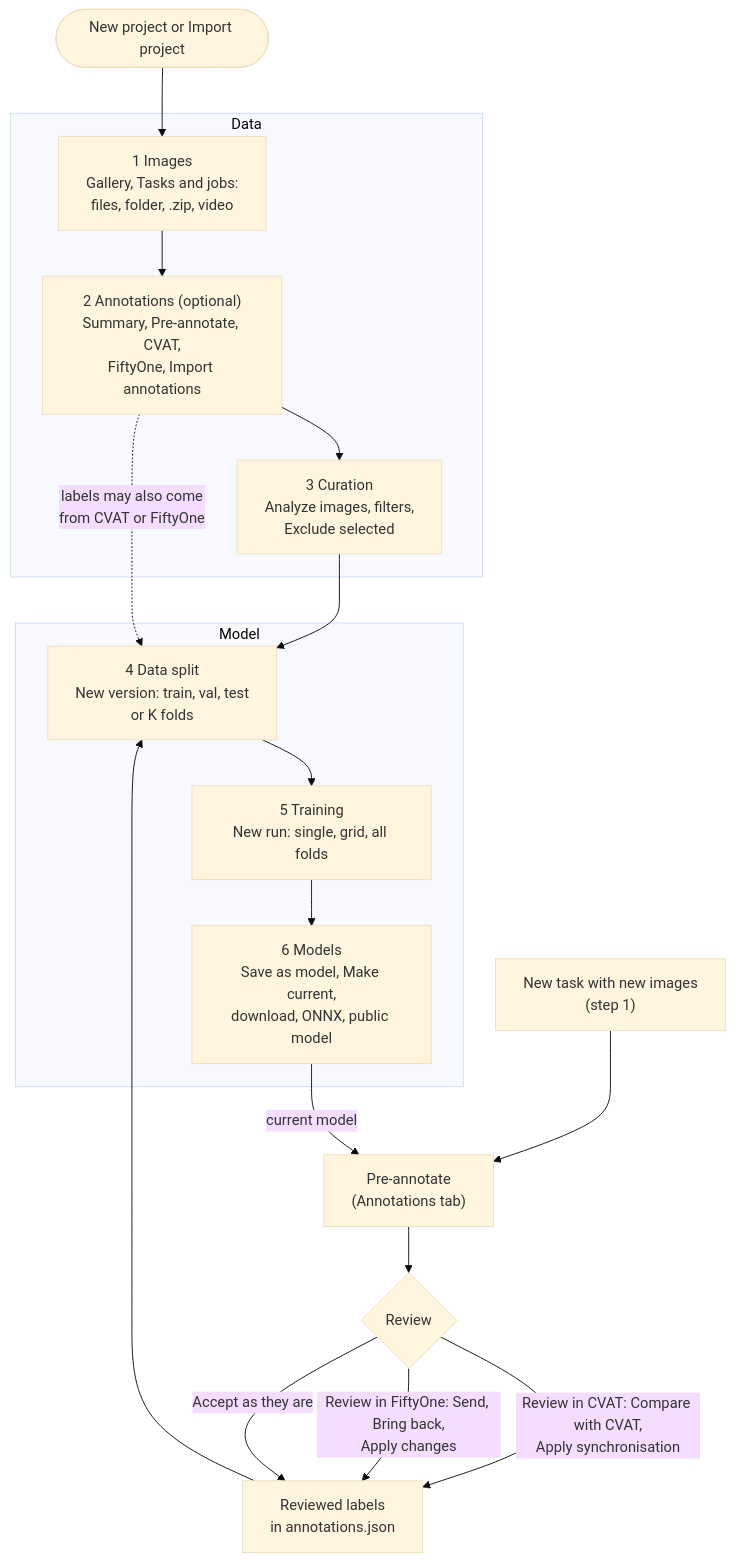
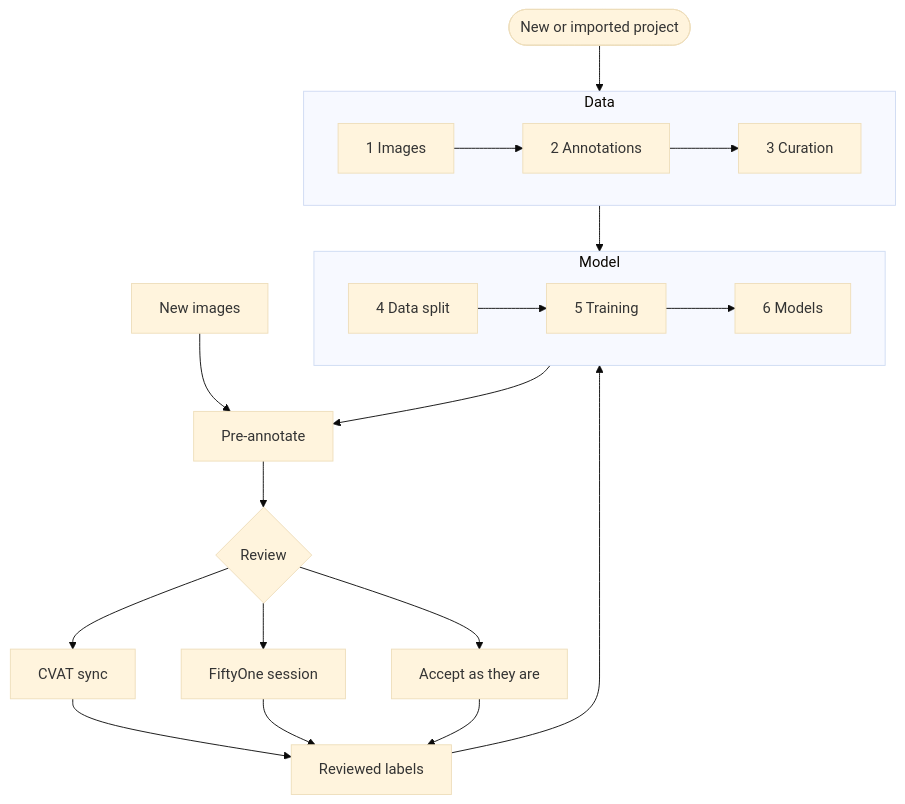
The third of 8 diagrams in docs/ARCHITECTURE.md (karemdm/activelabel), drawn with Mermaid (base theme) before and after one commit. The commit also changed other lines of this file and 3 other files, not shown here.

Commit message:
docs: redraw the diagrams with short labels and simple layouts so nothing overlaps (#220)

````diff
--- a/docs/ARCHITECTURE.md
+++ b/docs/ARCHITECTURE.md
@@ -107,29 +79,23 @@
 ```mermaid
 flowchart TB
-  start(["New project or Import project"]) --> A1
-
+  S(["New or imported project"]) --> A1
   subgraph Data
-    A1["1 Images<br/>Gallery, Tasks and jobs:<br/>files, folder, .zip, video"]
-    A2["2 Annotations (optional)<br/>Summary, Pre-annotate, CVAT,<br/>FiftyOne, Import annotations"]
-    A3["3 Curation<br/>Analyze images, filters,<br/>Exclude selected"]
-    A1 --> A2 --> A3
+    direction LR
+    A1["1 Images"] --> A2["2 Annotations"] --> A3["3 Curation"]
   end
-
   subgraph Model
-    B4["4 Data split<br/>New version: train, val, test<br/>or K folds"]
-    B5["5 Training<br/>New run: single, grid, all folds"]
-    B6["6 Models<br/>Save as model, Make current,<br/>download, ONNX, public model"]
-    B4 --> B5 --> B6
+    direction LR
+    B4["4 Data split"] --> B5["5 Training"] --> B6["6 Models"]
   end
-
   A3 --> B4
-  A2 -. "labels may also come<br/>from CVAT or FiftyOne" .-> B4
-
-  B6 -- "current model" --> PRE["Pre-annotate<br/>(Annotations tab)"]
-  NEW["New task with new images<br/>(step 1)"] --> PRE
+  B6 --> PRE["Pre-annotate"]
+  NEW["New images"] --> PRE
   PRE --> REV{"Review"}
-  REV -- "Review in CVAT: Compare with CVAT,<br/>Apply synchronisation" --> LAB["Reviewed labels<br/>in annotations.json"]
-  REV -- "Review in FiftyOne: Send, Bring back,<br/>Apply changes" --> LAB
-  REV -- "Accept as they are" --> LAB
+  REV --> CV["CVAT sync"]
+  REV --> FO["FiftyOne session"]
+  REV --> AC["Accept as they are"]
+  CV --> LAB["Reviewed labels"]
+  FO --> LAB
+  AC --> LAB
   LAB --> B4
 ```
````
